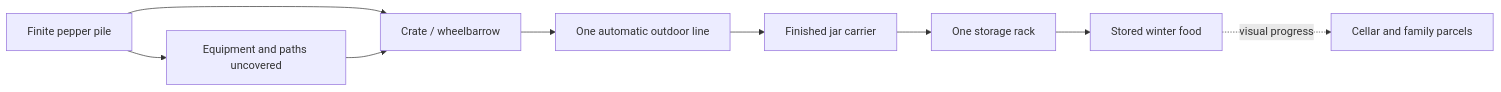
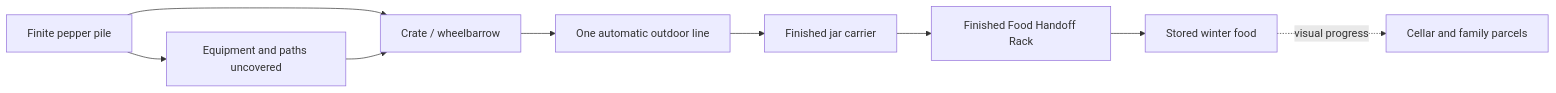
Before and after one commit to pavelbelyaev98/game-test: the diagram in games/just-a-few-peppers/docs/core-loop-and-mechanics.md, drawn with Mermaid. The commit also changed other lines of this file and 33 other files, not shown here.

````diff
--- a/games/just-a-few-peppers/docs/core-loop-and-mechanics.md
+++ b/games/just-a-few-peppers/docs/core-loop-and-mechanics.md
@@ -9,11 +9,11 @@
 ```mermaid
 flowchart LR
     A[Finite pepper pile] --> B[Crate / wheelbarrow]
     B --> C[One automatic outdoor line]
     C --> D[Finished jar carrier]
-    D --> E[One storage rack]
+    D --> E[Finished Food Handoff Rack]
     E --> F[Stored winter food]
     F -. visual progress .-> G[Cellar and family parcels]
     A --> H[Equipment and paths uncovered]
     H --> B
 ```
````
